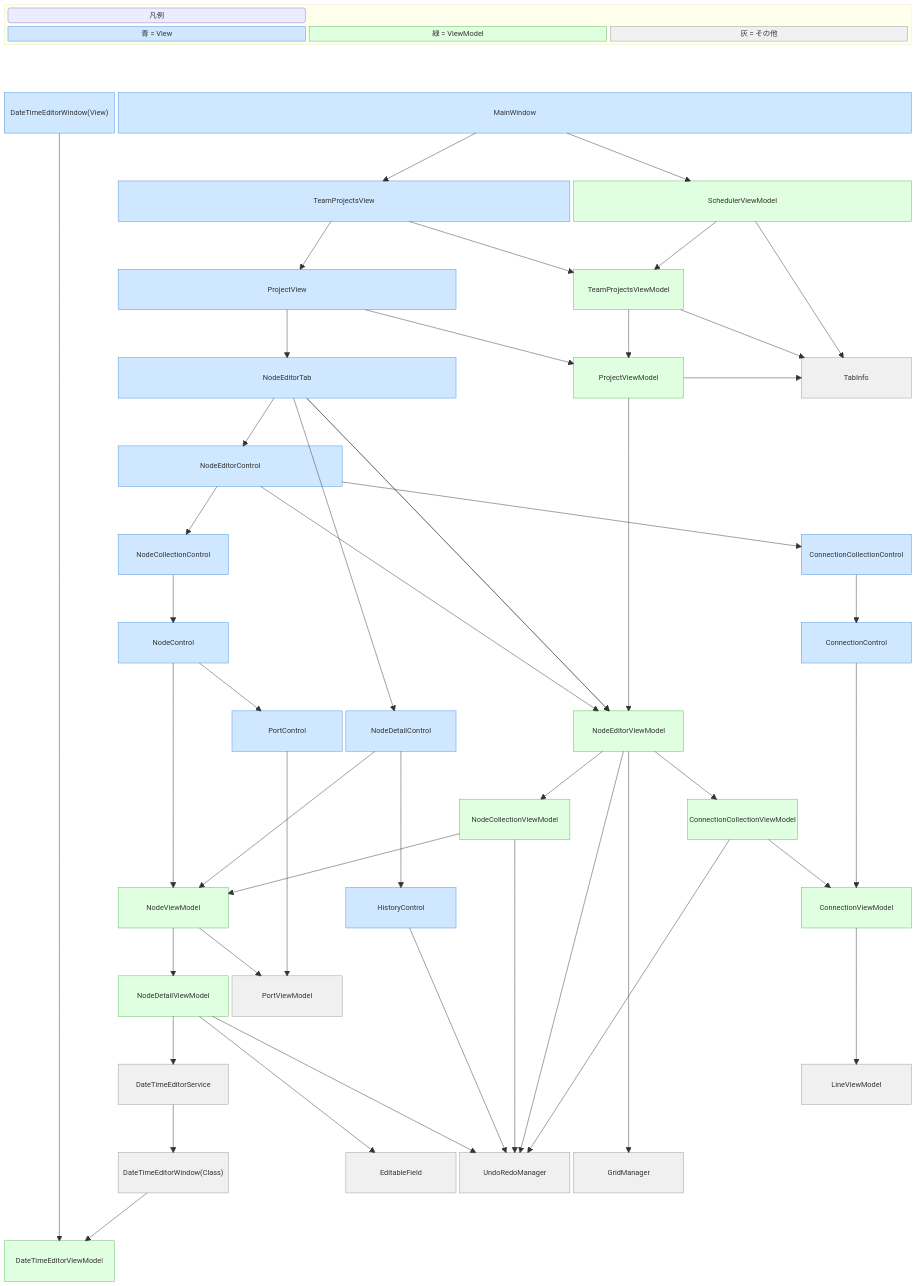
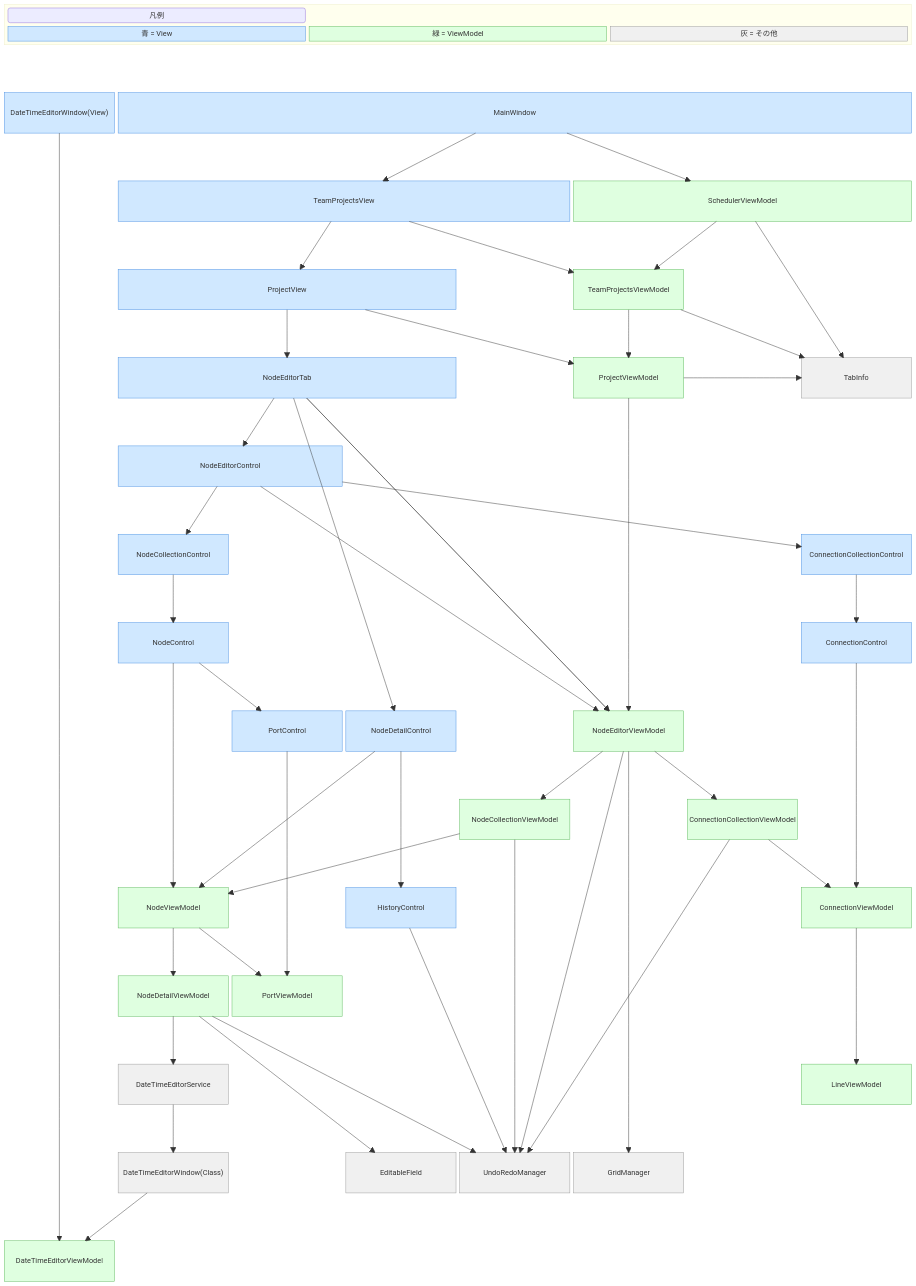
One commit to WhiteCatMonar/WcmScheduler changed the diagram in README.md. Above: the diagram before and after it, drawn with Mermaid. The commit also changed 6 other files, not shown here.

Commit message:
リファクタリング：PortViewModelのNode依存性を排除

````diff
--- a/README.md
+++ b/README.md
@@ -348,15 +348,15 @@
     style ConnectionCollectionViewModel fill:#DFFFE0,stroke:#5CB85C,color:#000000
     style ConnectionViewModel fill:#DFFFE0,stroke:#5CB85C,color:#000000
     style DateTimeEditorViewModel fill:#DFFFE0,stroke:#5CB85C,color:#000000
+    style PortViewModel fill:#DFFFE0,stroke:#5CB85C,color:#000000
+    style LineViewModel fill:#DFFFE0,stroke:#5CB85C,color:#000000
 
     %% Core / Managers (gray)
     style Other fill:#F0F0F0,stroke:#999,color:#000000
     style TabInfo fill:#F0F0F0,stroke:#999,color:#000000
     style EditableField fill:#F0F0F0,stroke:#999,color:#000000
-    style PortViewModel fill:#F0F0F0,stroke:#999,color:#000000
     style UndoRedoManager fill:#F0F0F0,stroke:#999,color:#000000
     style GridManager fill:#F0F0F0,stroke:#999,color:#000000
-    style LineViewModel fill:#F0F0F0,stroke:#999,color:#000000
     style DateTimeEditorService fill:#F0F0F0,stroke:#999,color:#000000
     style DateTimeEditorWindow_Class fill:#F0F0F0,stroke:#999,color:#000000
 ```
````
